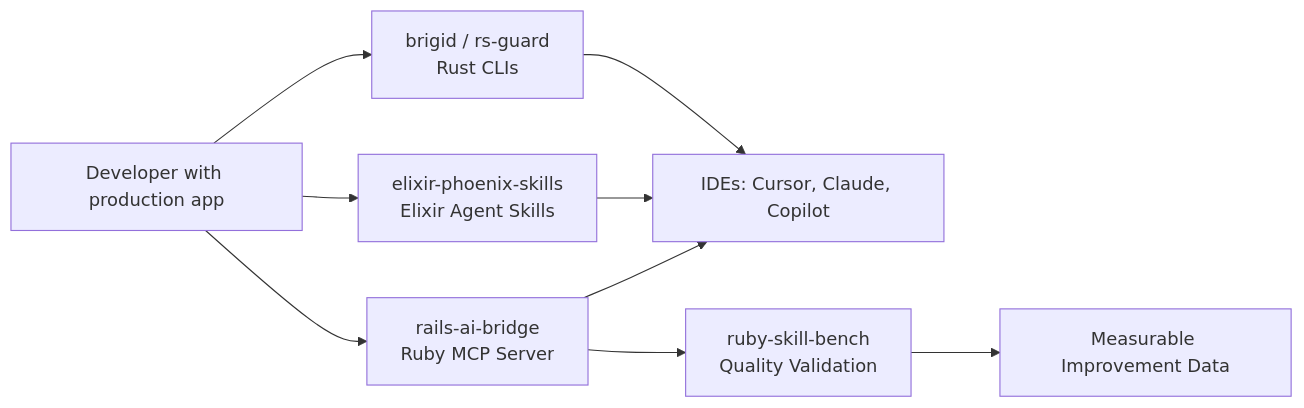
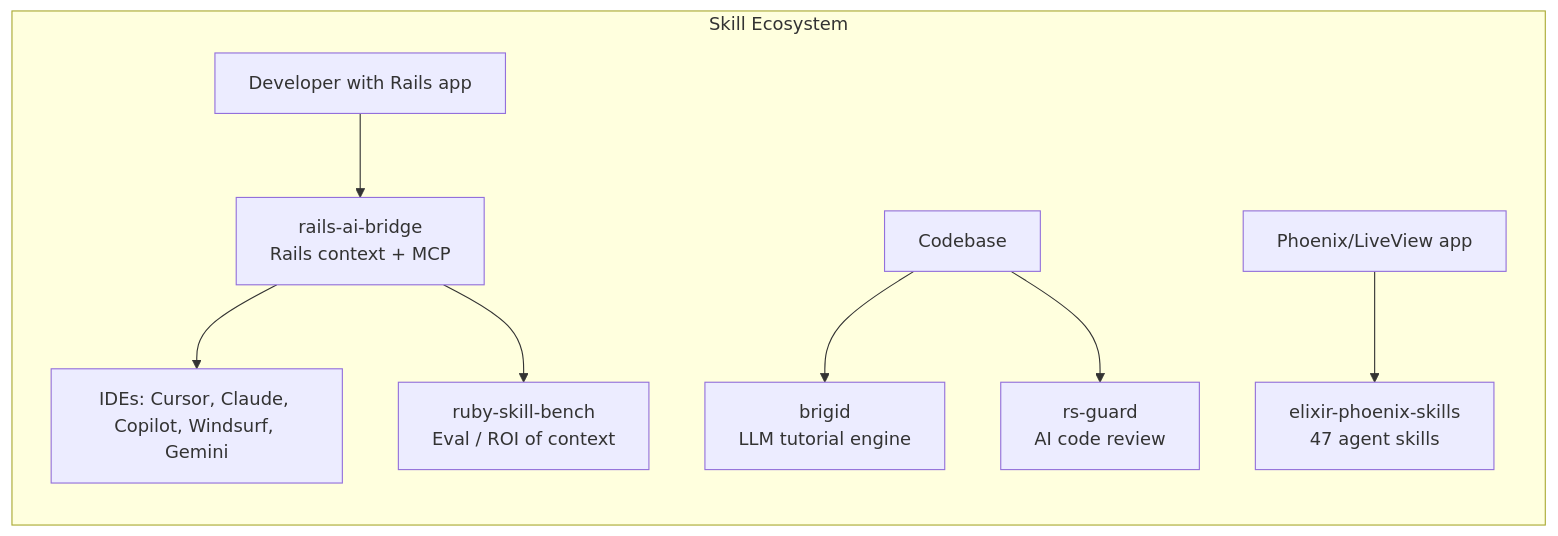
The diagram in README.md (igmarin/igmarin), drawn with Mermaid before and after one commit. The commit also changed other lines of this file, not shown here.

First line of the commit message:
docs(README): reposition profile as Ruby · Elixir · Rust staff AI/MCP engineer

````diff
--- a/README.md
+++ b/README.md
@@ -48,11 +41,11 @@
 ```mermaid
 flowchart LR
-    Developer[Developer with production app] --> Ruby[rails-ai-bridge<br/>Ruby MCP Server]
-    Developer --> Elixir[elixir-phoenix-skills<br/>Elixir Agent Skills]
-    Developer --> Rust[brigid / rs-guard<br/>Rust CLIs]
-    Ruby --> IDEs[IDEs: Cursor, Claude, Copilot]
-    Elixir --> IDEs
-    Rust --> IDEs
-    Ruby --> Bench[ruby-skill-bench<br/>Quality Validation]
-    Bench --> Results[Measurable Improvement Data]
+    subgraph "Skill Ecosystem"
+      Rails[Developer with Rails app] --> Bridge[rails-ai-bridge<br/>Rails context + MCP]
+      Bridge --> IDEs[IDEs: Cursor, Claude, Copilot, Windsurf, Gemini]
+      Bridge --> Bench[ruby-skill-bench<br/>Eval / ROI of context]
+      Codebase[Codebase] --> Brigid[brigid<br/>LLM tutorial engine]
+      Codebase --> Guard[rs-guard<br/>AI code review]
+      Phoenix[Phoenix/LiveView app] --> Skills[elixir-phoenix-skills<br/>47 agent skills]
+    end
 ```
````
